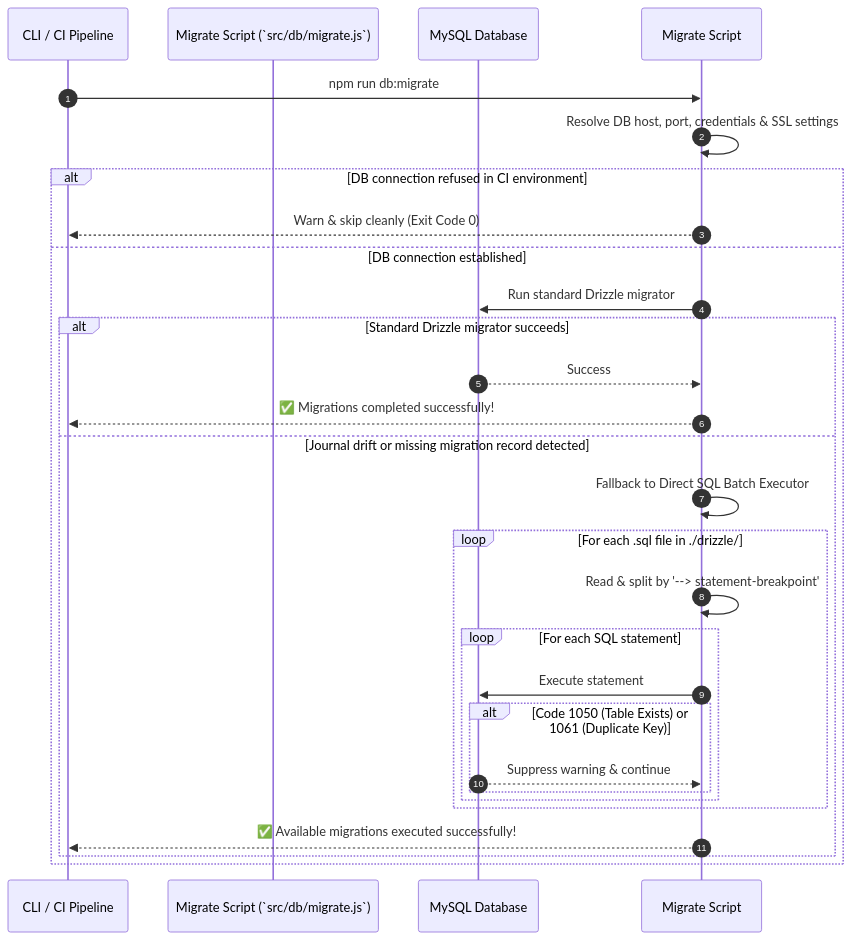
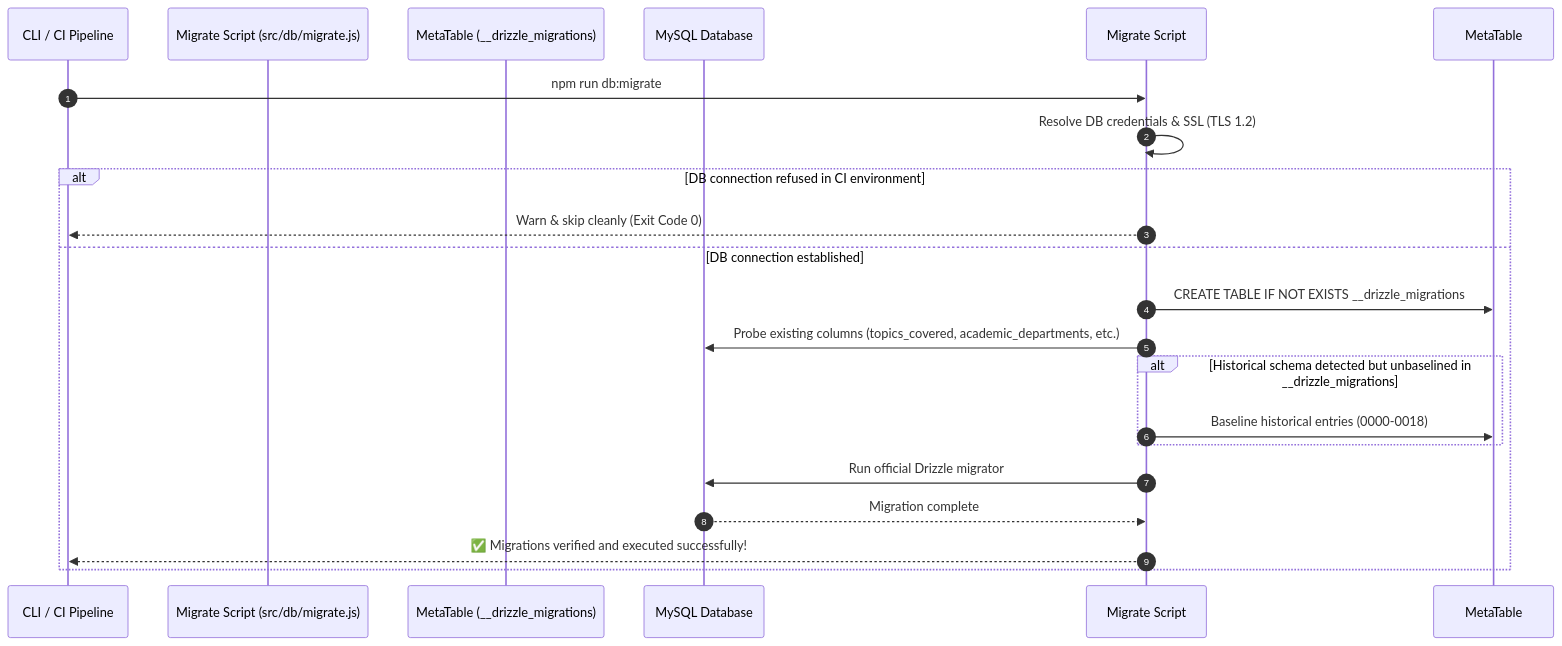
The second of 2 diagrams in DOCUMENTATION/database/migrations.md (GouthamA15/KUCET_College_Management_System), drawn with Mermaid before and after one commit. The commit also changed other lines of this file and 14 other files, not shown here.

````diff
--- a/DOCUMENTATION/database/migrations.md
+++ b/DOCUMENTATION/database/migrations.md
@@ -55,31 +55,23 @@
 ```mermaid
 sequenceDiagram
     autonumber
     participant CLI / CI Pipeline
-    participant Migrate Script (`src/db/migrate.js`)
+    participant Migrate Script (src/db/migrate.js)
+    participant MetaTable (__drizzle_migrations)
     participant MySQL Database
 
     CLI / CI Pipeline->>Migrate Script: npm run db:migrate
-    Migrate Script->>Migrate Script: Resolve DB host, port, credentials & SSL settings
+    Migrate Script->>Migrate Script: Resolve DB credentials & SSL (TLS 1.2)
     alt DB connection refused in CI environment
         Migrate Script-->>CLI / CI Pipeline: Warn & skip cleanly (Exit Code 0)
     else DB connection established
-        Migrate Script->>MySQL Database: Run standard Drizzle migrator
-        alt Standard Drizzle migrator succeeds
-            MySQL Database-->>Migrate Script: Success
-            Migrate Script-->>CLI / CI Pipeline: ✅ Migrations completed successfully!
-        else Journal drift or missing migration record detected
-            Migrate Script->>Migrate Script: Fallback to Direct SQL Batch Executor
-            loop For each .sql file in ./drizzle/
-                Migrate Script->>Migrate Script: Read & split by '--> statement-breakpoint'
-                loop For each SQL statement
-                    Migrate Script->>MySQL Database: Execute statement
-                    alt Code 1050 (Table Exists) or 1061 (Duplicate Key)
-                        MySQL Database-->>Migrate Script: Suppress warning & continue
-                    end
-                end
-            end
-            Migrate Script-->>CLI / CI Pipeline: ✅ Available migrations executed successfully!
+        Migrate Script->>MetaTable: CREATE TABLE IF NOT EXISTS __drizzle_migrations
+        Migrate Script->>MySQL Database: Probe existing columns (topics_covered, academic_departments, etc.)
+        alt Historical schema detected but unbaselined in __drizzle_migrations
+            Migrate Script->>MetaTable: Baseline historical entries (0000-0018)
         end
+        Migrate Script->>MySQL Database: Run official Drizzle migrator
+        MySQL Database-->>Migrate Script: Migration complete
+        Migrate Script-->>CLI / CI Pipeline: ✅ Migrations verified and executed successfully!
     end
 ```
````
